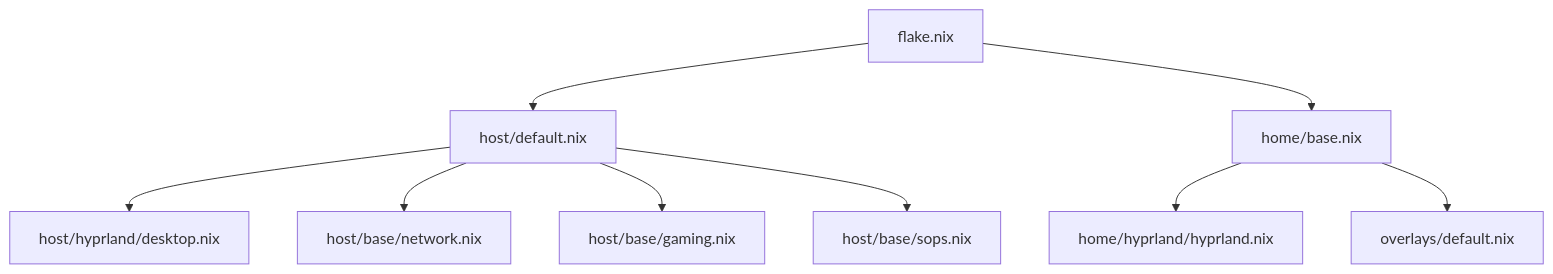
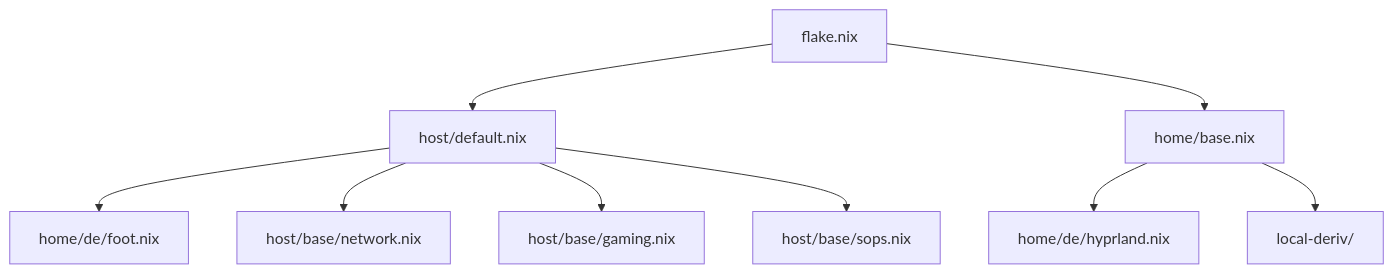
Before and after one commit to Shangshui0302/myNixOSConfig: the first of 2 diagrams in wiki/overview.md, drawn with Mermaid. The commit also changed other lines of this file and 77 other files, not shown here.

````diff
--- a/wiki/overview.md
+++ b/wiki/overview.md
@@ -42,11 +42,11 @@
 ```mermaid
 graph TB
 A["flake.nix"] --> B["host/default.nix"]
 A --> C["home/base.nix"]
-B --> D["host/hyprland/desktop.nix"]
+B --> D["home/de/foot.nix"]
 B --> E["host/base/network.nix"]
 B --> F["host/base/gaming.nix"]
 B --> G["host/base/sops.nix"]
-C --> H["home/hyprland/hyprland.nix"]
-C --> I["overlays/default.nix"]
+C --> H["home/de/hyprland.nix"]
+C --> I["local-deriv/"]
 ```
````
